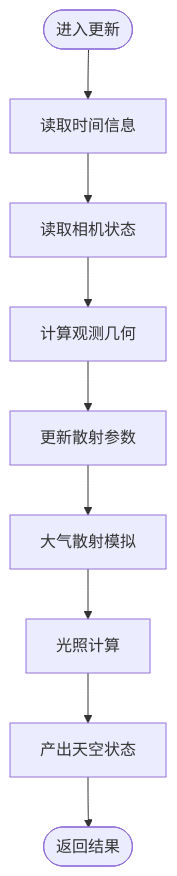
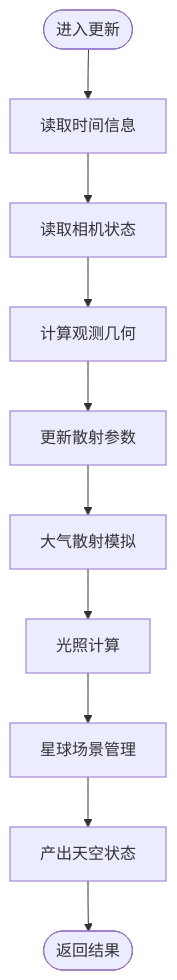
The third of 6 diagrams in .qoder/repowiki/zh/content/项目概述/核心特性/大气系统.md (rzhangjing/cesium), drawn with Mermaid before and after one commit. The commit also changed other lines of this file and 30 other files, not shown here.

````diff
--- a/.qoder/repowiki/zh/content/项目概述/核心特性/大气系统.md
+++ b/.qoder/repowiki/zh/content/项目概述/核心特性/大气系统.md
@@ -173,11 +188,12 @@
 ```mermaid
 flowchart TD
 Start(["进入更新"]) --> ReadTime["读取时间信息"]
 ReadTime --> ReadCamera["读取相机状态"]
 ReadCamera --> ComputeGeometry["计算观测几何"]
 ComputeGeometry --> UpdateParams["更新散射参数"]
 UpdateParams --> AtmosphericScattering["大气散射模拟"]
 AtmosphericScattering --> LightingCalculation["光照计算"]
-LightingCalculation --> OutputState["产出天空状态"]
+LightingCalculation --> StarSphereManagement["星球场景管理"]
+StarSphereManagement --> OutputState["产出天空状态"]
 OutputState --> End(["返回结果"])
 ```
````
